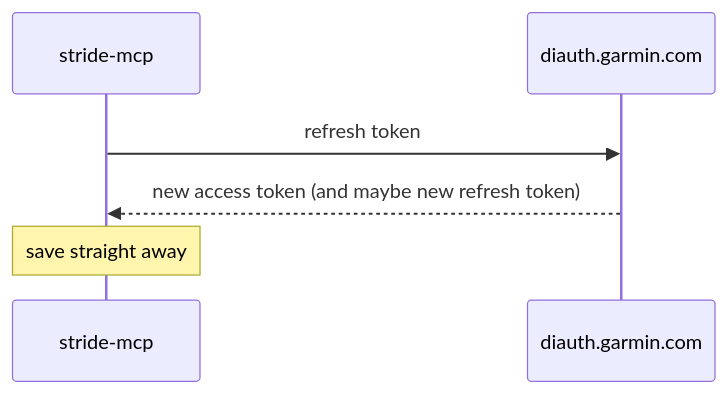
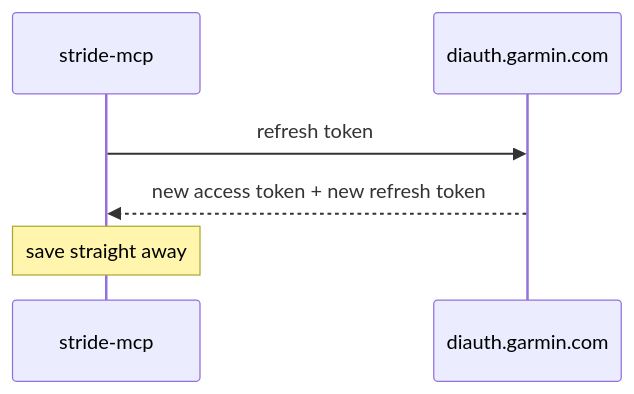
The second of 2 diagrams in docs/phases/phase-1-login.md (JamesRepo/stride-mcp), drawn with Mermaid before and after one commit. The commit also changed other lines of this file and 4 other files, not shown here.

````diff
--- a/docs/phases/phase-1-login.md
+++ b/docs/phases/phase-1-login.md
@@ -47,8 +46,8 @@
 ```mermaid
 sequenceDiagram
     participant S as stride-mcp
     participant DI as diauth.garmin.com
     S->>DI: refresh token
-    DI-->>S: new access token (and maybe new refresh token)
+    DI-->>S: new access token + new refresh token
     Note over S: save straight away
 ```
````
